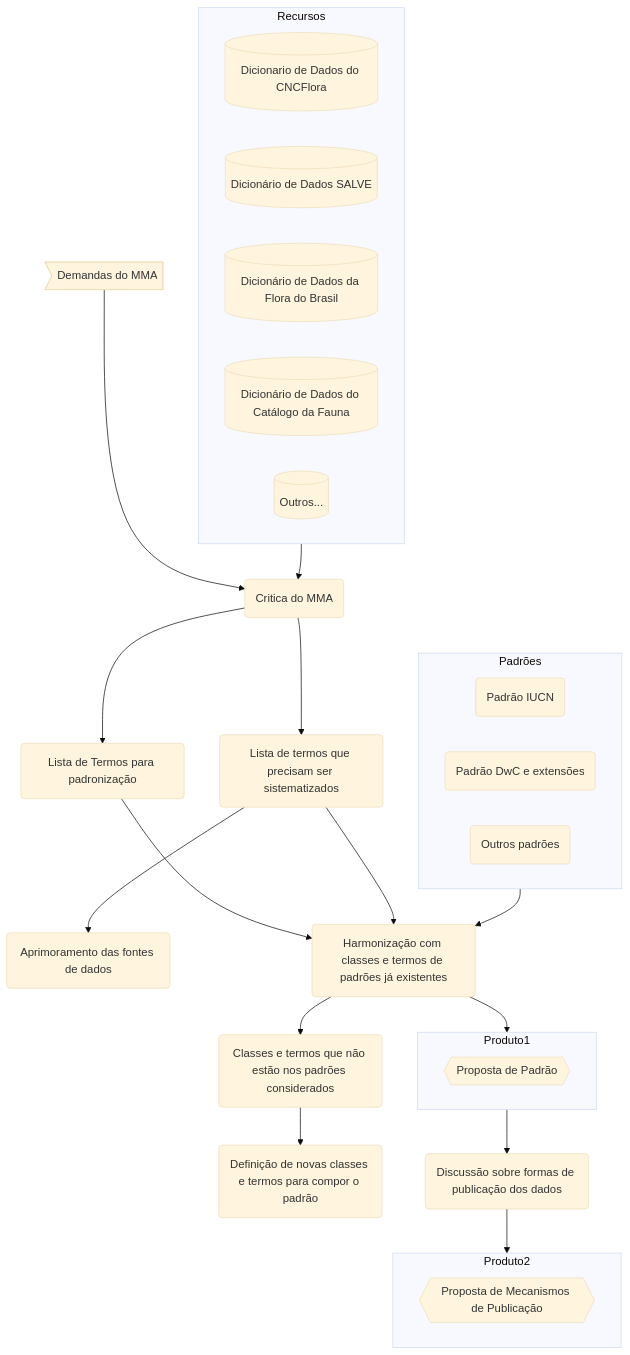
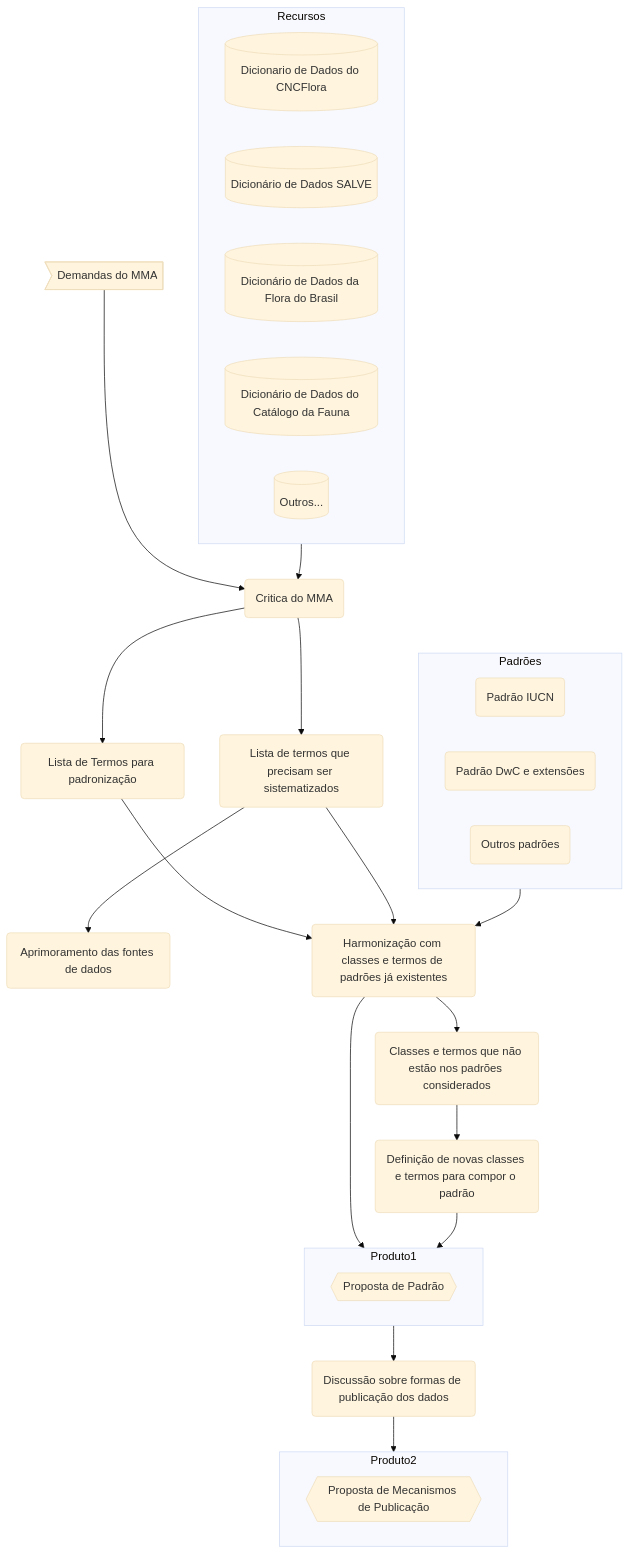
The diagram in readme/Fluxograma1.md (jlanna/MMA-Ameacadas), drawn with Mermaid (base theme) before and after one commit.

````diff
--- a/readme/Fluxograma1.md
+++ b/readme/Fluxograma1.md
@@ -1,36 +1,37 @@
 ```mermaid
 flowchart TB
     A(Critica do MMA) --> B(Lista de Termos para padronização)
     A --> C(Lista de termos que precisam ser sistematizados)
     D>Demandas do MMA] --> A
     Recursos --> A
     subgraph Recursos
         direction RL    
         dc1[(Dicionario de Dados do CNCFlora)]
         dc2[(Dicionário de Dados SALVE)]
         dc3[(Dicionário de Dados da Flora do Brasil)]
         dc4[(Dicionário de Dados do Catálogo da Fauna)]
         dc5[(Outros...)]
      end
     C(Lista de termos que precisam ser sistematizados) --> E(Aprimoramento das fontes de dados)
     B --> F(Harmonização com classes e termos de padrões já existentes)
     C --> F(Harmonização com classes e termos de padrões já existentes)
     subgraph Padrões
         direction RL
         G(Padrão IUCN)
         H(Padrão DwC e extensões)
         I(Outros padrões)
     end
     Padrões --> F   
     F --> J(Classes e termos que não estão nos padrões considerados)
     J --> K(Definição de novas classes e termos para compor o padrão)
     subgraph Produto1
         L{{Proposta de Padrão}}
     end
     F --> Produto1
+    K --> Produto1
     Produto1 --> M(Discussão sobre formas de publicação dos dados)
     subgraph Produto2
         N{{Proposta de Mecanismos de Publicação}}
     end
     M --> Produto2
 ```
````
